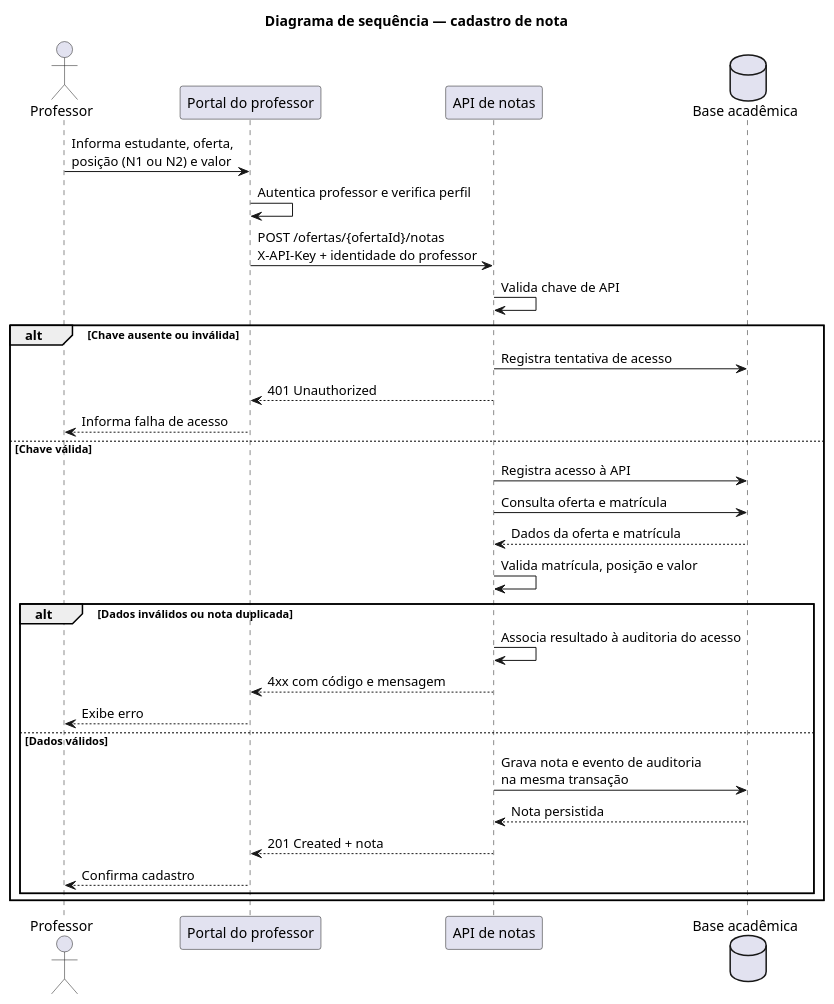
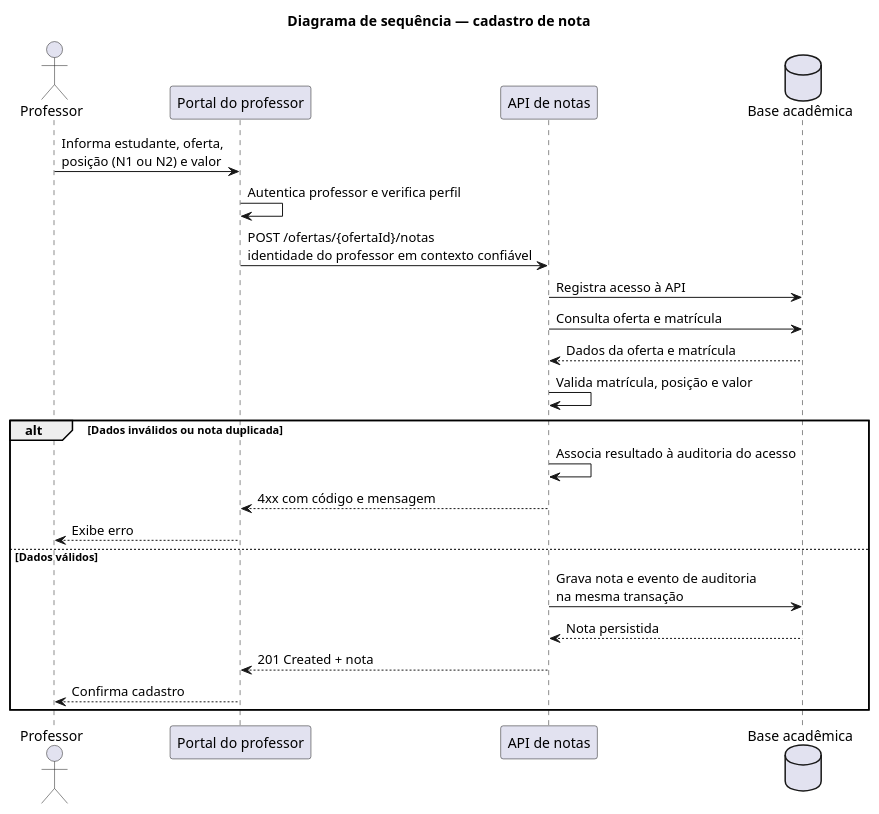
One commit to fabricianeres/Projeto-pos-gradua-o---modulo-01 changed the third of 3 diagrams in diagramas-uml-api-cadastro-notas.puml. Above: the diagram before and after it, drawn with PlantUML. The commit also changed other lines of this file and 4 other files, not shown here.

```diff
--- a/diagramas-uml-api-cadastro-notas.puml
+++ b/diagramas-uml-api-cadastro-notas.puml
@@ -136,34 +125,26 @@
 @startuml
 title Diagrama de sequência — cadastro de nota
 actor "Professor" as Professor
 participant "Portal do professor" as Portal
 participant "API de notas" as API
 database "Base acadêmica" as DB
 
 Professor -> Portal: Informa estudante, oferta,\nposição (N1 ou N2) e valor
 Portal -> Portal: Autentica professor e verifica perfil
-Portal -> API: POST /ofertas/{ofertaId}/notas\nX-API-Key + identidade do professor
-API -> API: Valida chave de API
+Portal -> API: POST /ofertas/{ofertaId}/notas\nidentidade do professor em contexto confiável
+API -> DB: Registra acesso à API
+API -> DB: Consulta oferta e matrícula
+DB --> API: Dados da oferta e matrícula
+API -> API: Valida matrícula, posição e valor
 
-alt Chave ausente ou inválida
-  API -> DB: Registra tentativa de acesso
-  API --> Portal: 401 Unauthorized
-  Portal --> Professor: Informa falha de acesso
-else Chave válida
-  API -> DB: Registra acesso à API
-  API -> DB: Consulta oferta e matrícula
-  DB --> API: Dados da oferta e matrícula
-  API -> API: Valida matrícula, posição e valor
-
-  alt Dados inválidos ou nota duplicada
-    API -> API: Associa resultado à auditoria do acesso
-    API --> Portal: 4xx com código e mensagem
-    Portal --> Professor: Exibe erro
-  else Dados válidos
-    API -> DB: Grava nota e evento de auditoria\nna mesma transação
-    DB --> API: Nota persistida
-    API --> Portal: 201 Created + nota
-    Portal --> Professor: Confirma cadastro
-  end
+alt Dados inválidos ou nota duplicada
+  API -> API: Associa resultado à auditoria do acesso
+  API --> Portal: 4xx com código e mensagem
+  Portal --> Professor: Exibe erro
+else Dados válidos
+  API -> DB: Grava nota e evento de auditoria\nna mesma transação
+  DB --> API: Nota persistida
+  API --> Portal: 201 Created + nota
+  Portal --> Professor: Confirma cadastro
 end
 @enduml
```
